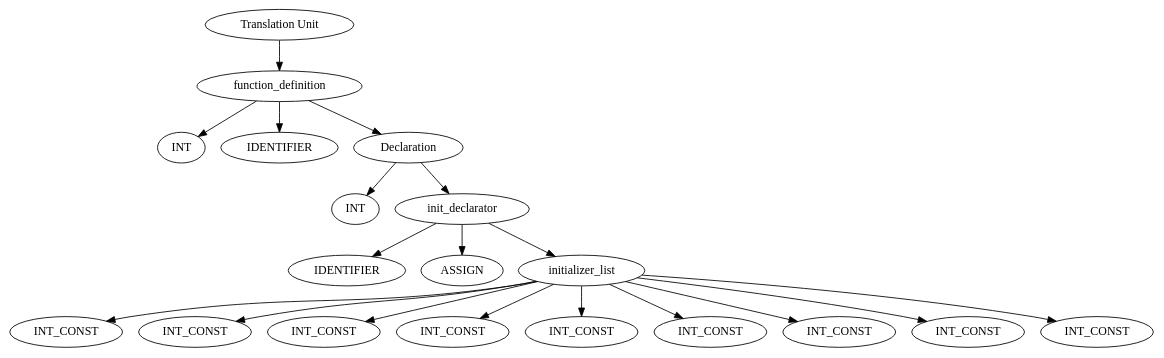
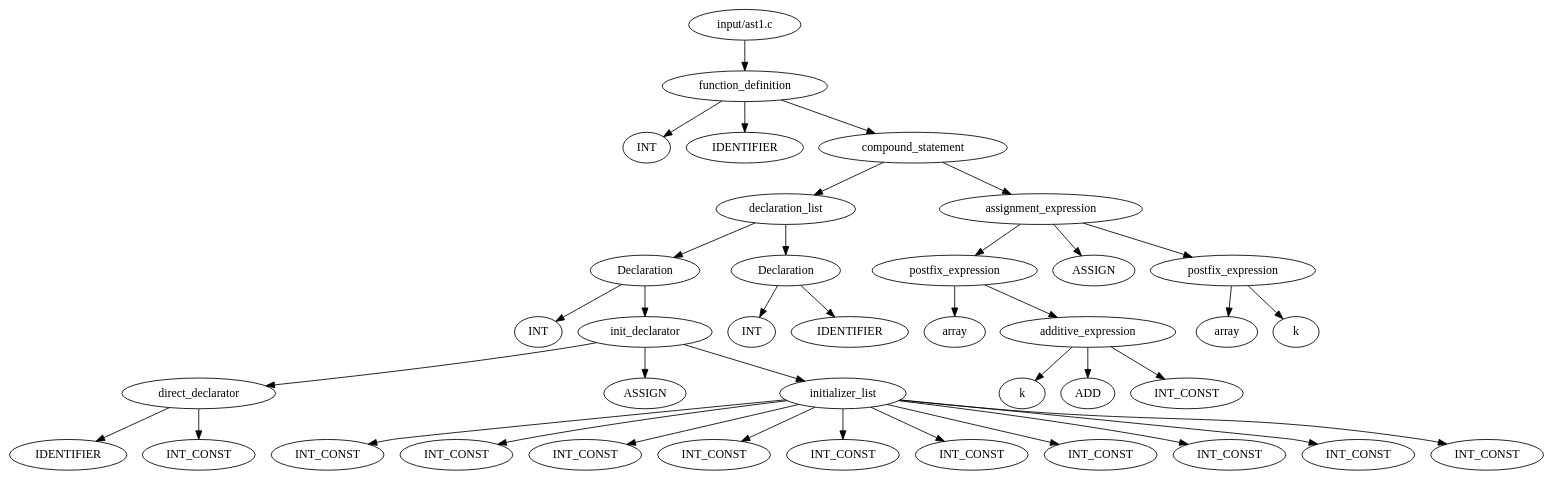
One commit to matthewbeck1998/bgp changed the diagram in bgp/output/treeOut.dot. Above: the diagram before and after it, drawn with Graphviz. The commit also changed 2 other files, not shown here.

```diff
--- a/bgp/output/treeOut.dot
+++ b/bgp/output/treeOut.dot
@@ -1,39 +1,77 @@
 digraph G {
-0[label = "Translation Unit"];
-0 -> 20
-20[label = "function_definition"];
-20 -> 1
+0[label = "input/ast1.c"];
+0 -> 40
+40[label = "function_definition"];
+40 -> 1
 1[label = "INT"];
-20 -> 3
+40 -> 3
 3[label = "IDENTIFIER"];
-20 -> 19
-19[label = "Declaration"];
-19 -> 4
+40 -> 39
+39[label = "compound_statement"];
+39 -> 27
+27[label = "declaration_list"];
+27 -> 22
+22[label = "Declaration"];
+22 -> 4
 4[label = "INT"];
-19 -> 17
-17[label = "init_declarator"];
-17 -> 6
+22 -> 20
+20[label = "init_declarator"];
+20 -> 8
+8[label = "direct_declarator"];
+8 -> 6
 6[label = "IDENTIFIER"];
-17 -> 18
-18[label = "ASSIGN"];
-17 -> 8
-8[label = "initializer_list"];
 8 -> 7
 7[label = "INT_CONST"];
-8 -> 9
+20 -> 21
+21[label = "ASSIGN"];
+20 -> 10
+10[label = "initializer_list"];
+10 -> 9
 9[label = "INT_CONST"];
-8 -> 10
-10[label = "INT_CONST"];
-8 -> 11
+10 -> 11
 11[label = "INT_CONST"];
-8 -> 12
+10 -> 12
 12[label = "INT_CONST"];
-8 -> 13
+10 -> 13
 13[label = "INT_CONST"];
-8 -> 14
+10 -> 14
 14[label = "INT_CONST"];
-8 -> 15
+10 -> 15
 15[label = "INT_CONST"];
-8 -> 16
+10 -> 16
 16[label = "INT_CONST"];
+10 -> 17
+17[label = "INT_CONST"];
+10 -> 18
+18[label = "INT_CONST"];
+10 -> 19
+19[label = "INT_CONST"];
+27 -> 26
+26[label = "Declaration"];
+26 -> 23
+23[label = "INT"];
+26 -> 25
+25[label = "IDENTIFIER"];
+39 -> 38
+38[label = "assignment_expression"];
+38 -> 33
+33[label = "postfix_expression"];
+33 -> 28
+28[label = "array"];
+33 -> 31
+31[label = "additive_expression"];
+31 -> 29
+29[label = "k"];
+31 -> 32
+32[label = "ADD"];
+31 -> 30
+30[label = "INT_CONST"];
+38 -> 34
+34[label = "ASSIGN"];
+38 -> 37
+37[label = "postfix_expression"];
+37 -> 35
+35[label = "array"];
+37 -> 36
+36[label = "k"];
 }
```
